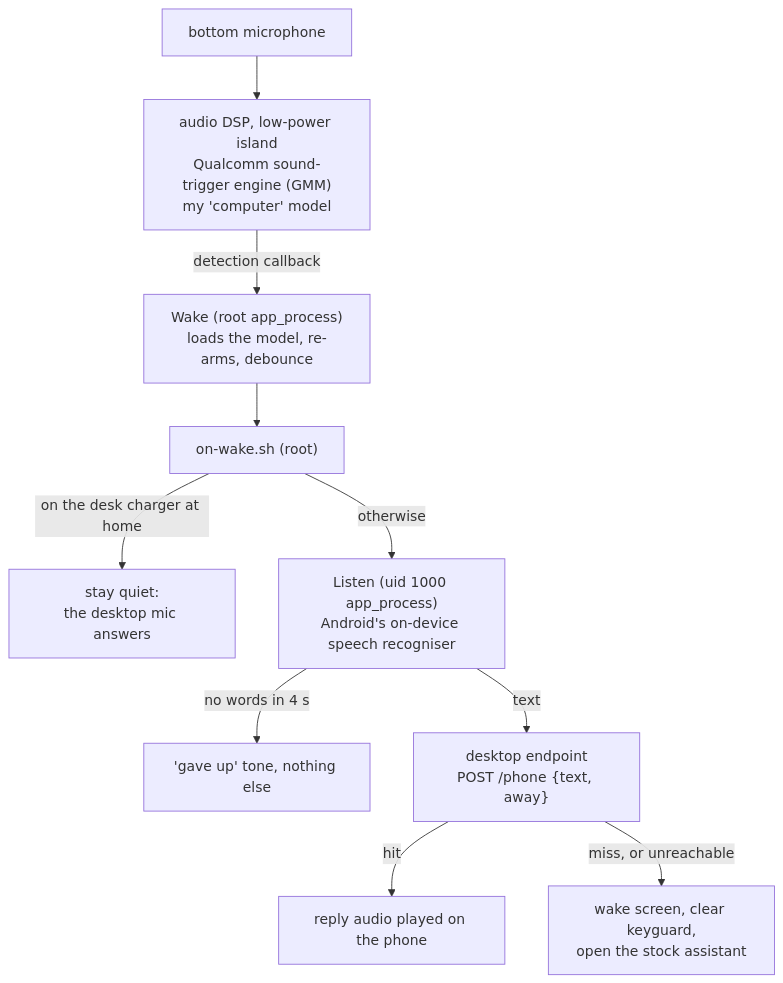
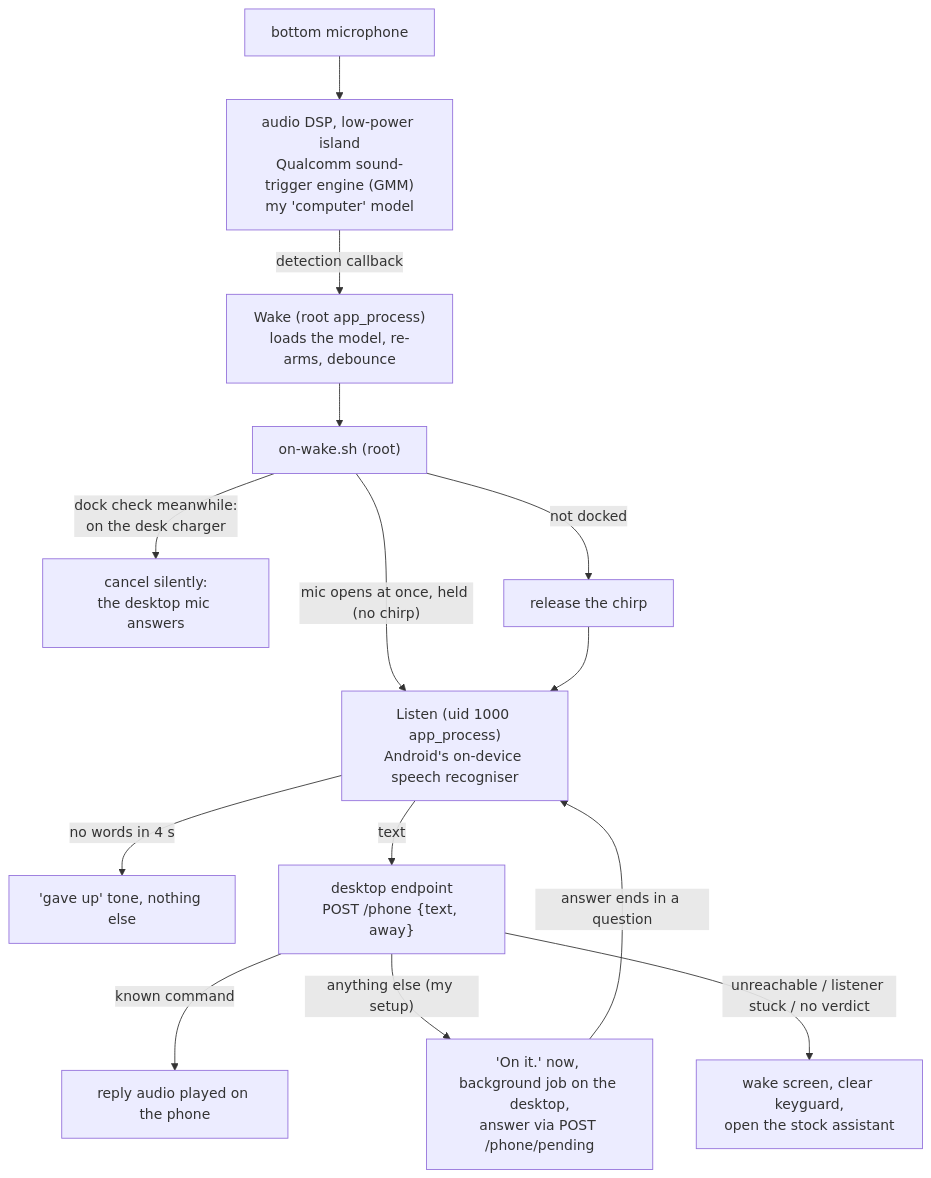
Before and after one commit to JPInert/android-dsp-wakeword: the diagram in README.md, drawn with Mermaid. The commit also changed other lines of this file and 10 other files, not shown here.

First line of the commit message:
Refresh: desktop job path, held mic, dock-gate drift, optional alerts + VPN keeper

````diff
--- a/README.md
+++ b/README.md
@@ -17,12 +17,15 @@
 ```mermaid
 flowchart TD
     M["bottom microphone"] --> DSP["audio DSP, low-power island<br/>Qualcomm sound-trigger engine (GMM)<br/>my 'computer' model"]
     DSP -->|detection callback| W["Wake (root app_process)<br/>loads the model, re-arms, debounce"]
     W --> O["on-wake.sh (root)"]
-    O -->|on the desk charger at home| Q["stay quiet:<br/>the desktop mic answers"]
-    O -->|otherwise| L["Listen (uid 1000 app_process)<br/>Android's on-device speech recogniser"]
+    O -->|"mic opens at once, held (no chirp)"| L["Listen (uid 1000 app_process)<br/>Android's on-device speech recogniser"]
+    O -->|"dock check meanwhile:<br/>on the desk charger"| Q["cancel silently:<br/>the desktop mic answers"]
+    O -->|not docked| GO["release the chirp"] --> L
     L -->|no words in 4 s| N["'gave up' tone, nothing else"]
     L -->|text| D["desktop endpoint<br/>POST /phone {text, away}"]
-    D -->|hit| R["reply audio played on the phone"]
-    D -->|miss, or unreachable| G["wake screen, clear keyguard,<br/>open the stock assistant"]
+    D -->|known command| R["reply audio played on the phone"]
+    D -->|"anything else (my setup)"| P["'On it.' now, background job on the desktop,<br/>answer via POST /phone/pending"]
+    P -->|"answer ends in a question"| L
+    D -->|unreachable / listener stuck / no verdict| G["wake screen, clear keyguard,<br/>open the stock assistant"]
 ```
````
